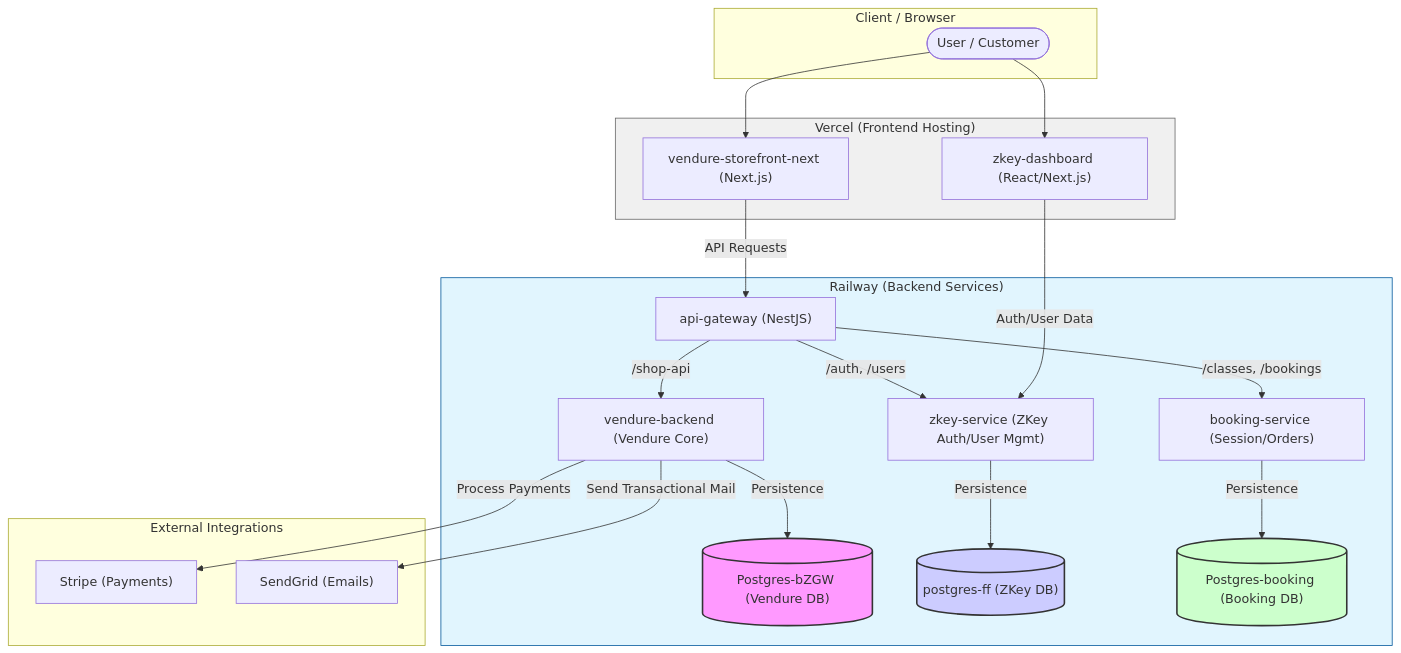
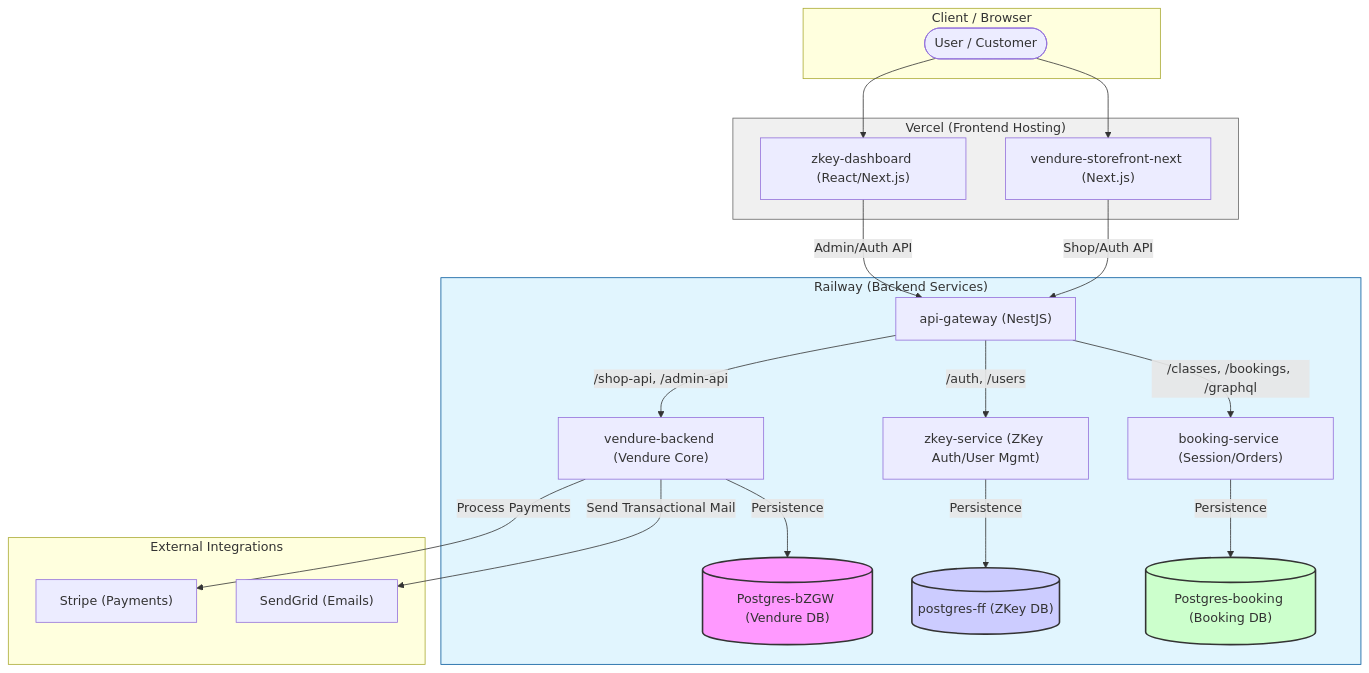
The diagram in DIAGRAM.md (disruption-hub/vendure-boilerplate), drawn with Mermaid before and after one commit. The commit also changed other lines of this file and 2 other files, not shown here.

Commit message:
feat: achieve 100% gateway coverage by proxying admin api and updating dashboard config

````diff
--- a/DIAGRAM.md
+++ b/DIAGRAM.md
@@ -7,51 +7,51 @@
 ```mermaid
 graph TD
     subgraph Client ["Client / Browser"]
         User(["User / Customer"])
     end
 
     subgraph Vercel ["Vercel (Frontend Hosting)"]
         SF["vendure-storefront-next (Next.js)"]
         DB["zkey-dashboard (React/Next.js)"]
     end
 
     subgraph Railway ["Railway (Backend Services)"]
         AG["api-gateway (NestJS)"]
         
         VB["vendure-backend (Vendure Core)"]
         ZS["zkey-service (ZKey Auth/User Mgmt)"]
         BS["booking-service (Session/Orders)"]
         
         RV[("Postgres-bZGW (Vendure DB)")]
         RF[("postgres-ff (ZKey DB)")]
         RB[("Postgres-booking (Booking DB)")]
     end
 
     subgraph External ["External Integrations"]
         ST["Stripe (Payments)"]
         SG["SendGrid (Emails)"]
     end
 
     User --> SF
     User --> DB
 
-    SF -- "API Requests" --> AG
-    DB -- "Auth/User Data" --> ZS
+    SF -- "Shop/Auth API" --> AG
+    DB -- "Admin/Auth API" --> AG
 
-    AG -- "/shop-api" --> VB
+    AG -- "/shop-api, /admin-api" --> VB
     AG -- "/auth, /users" --> ZS
-    AG -- "/classes, /bookings" --> BS
+    AG -- "/classes, /bookings, /graphql" --> BS
 
     VB -- "Persistence" --> RV
     ZS -- "Persistence" --> RF
     BS -- "Persistence" --> RB
 
     VB -- "Process Payments" --> ST
     VB -- "Send Transactional Mail" --> SG
 
     style RV fill:#f9f,stroke:#333,stroke-width:2px
     style RF fill:#ccf,stroke:#333,stroke-width:2px
     style RB fill:#cfc,stroke:#333,stroke-width:2px
     style Vercel fill:#f0f0f0,stroke:#666
     style Railway fill:#e1f5fe,stroke:#01579b
 ```
````
